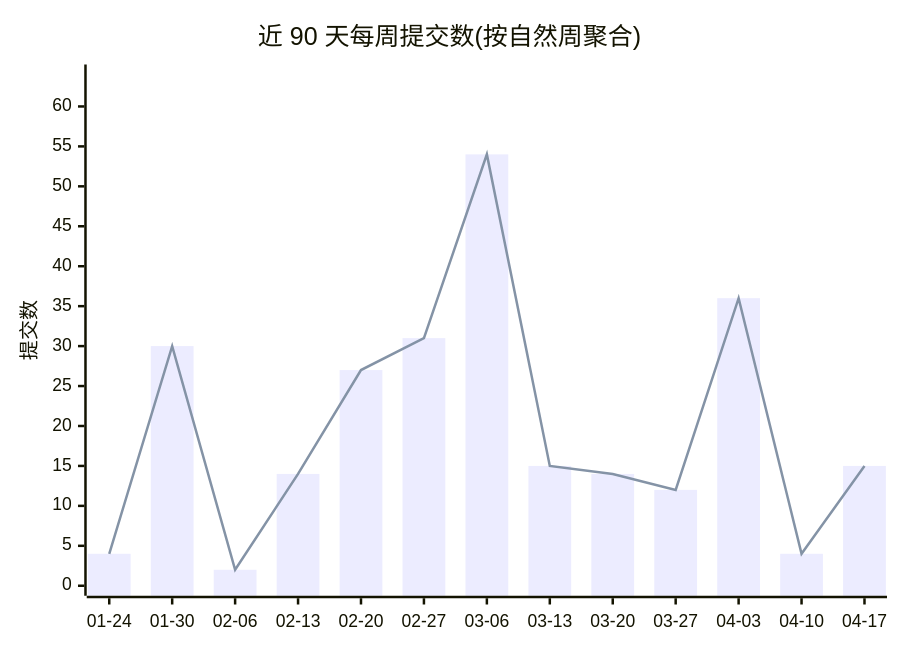
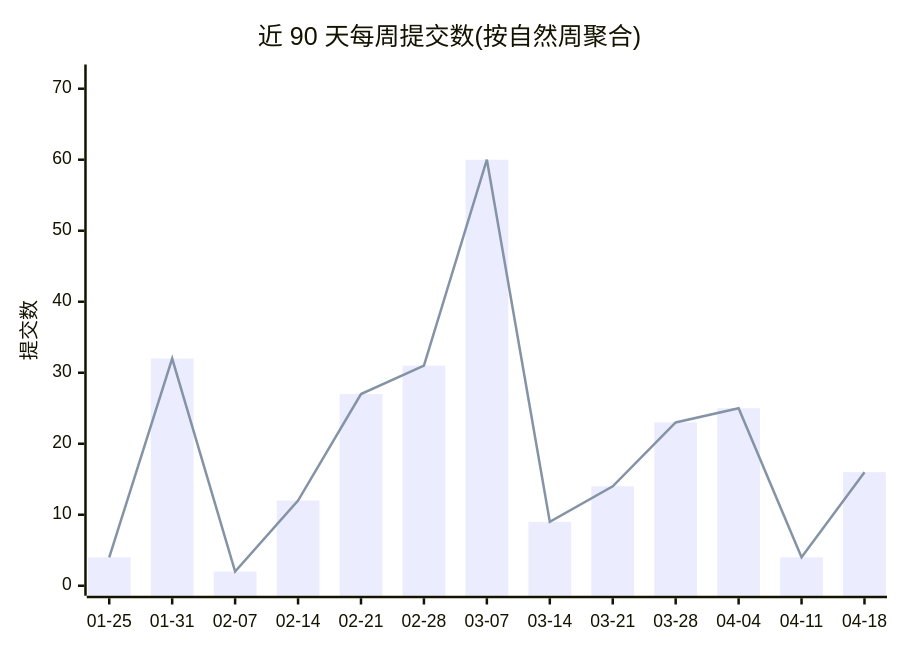
One commit to Conflux-Union/.github changed the first of 2 diagrams in profile/README.md. Above: the diagram before and after it, drawn with Mermaid. The commit also changed other lines of this file and 1 other file, not shown here.

````diff
--- a/profile/README.md
+++ b/profile/README.md
@@ -44,8 +44,8 @@
 ```mermaid
 xychart-beta
     title "近 90 天每周提交数(按自然周聚合)"
-    x-axis ["01-24", "01-30", "02-06", "02-13", "02-20", "02-27", "03-06", "03-13", "03-20", "03-27", "04-03", "04-10", "04-17"]
-    y-axis "提交数" 0 --> 64
-    bar [4, 30, 2, 14, 27, 31, 54, 15, 14, 12, 36, 4, 15]
-    line [4, 30, 2, 14, 27, 31, 54, 15, 14, 12, 36, 4, 15]
+    x-axis ["01-25", "01-31", "02-07", "02-14", "02-21", "02-28", "03-07", "03-14", "03-21", "03-28", "04-04", "04-11", "04-18"]
+    y-axis "提交数" 0 --> 72
+    bar [4, 32, 2, 12, 27, 31, 60, 9, 14, 23, 25, 4, 16]
+    line [4, 32, 2, 12, 27, 31, 60, 9, 14, 23, 25, 4, 16]
 ```
````
